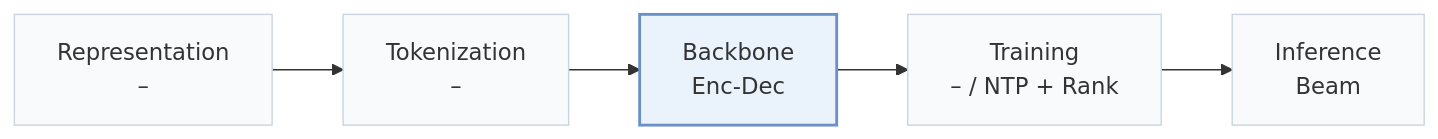
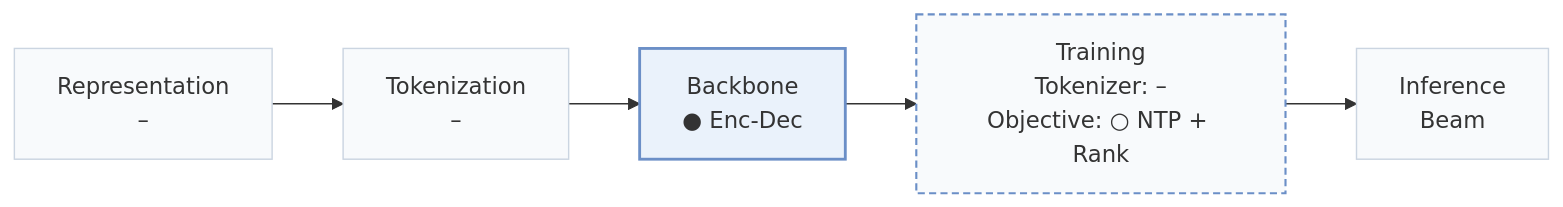
Before and after one commit to Galaxy-ghost/Awesome-SID-Generative-Rec: the first of 2 diagrams in pages/papers/unisgr-v2.md, drawn with Mermaid. The commit also changed other lines of this file and 558 other files, not shown here.

````diff
--- a/pages/papers/unisgr-v2.md
+++ b/pages/papers/unisgr-v2.md
@@ -15,8 +18,10 @@
 ```mermaid
 flowchart LR
-    R["Representation<br/>–"] --> T["Tokenization<br/>–"] --> B["Backbone<br/>Enc-Dec"] --> TR["Training<br/>– / NTP + Rank"] --> I["Inference<br/>Beam"]
+    R["Representation<br/>–"] --> T["Tokenization<br/>–"] --> B["Backbone<br/>● Enc-Dec"] --> TR["Training<br/>Tokenizer: –<br/>Objective: ○ NTP + Rank"] --> I["Inference<br/>Beam"]
     classDef base fill:#f8fafc,stroke:#cbd5e1
     class R,T,B,TR,I base
+    classDef other fill:#f8fafc,stroke:#6b8fc7,stroke-width:1.5px,stroke-dasharray:5 3
+    class TR other
     classDef main fill:#eaf2fb,stroke:#6b8fc7,stroke-width:2px
     class B main
 ```
````
